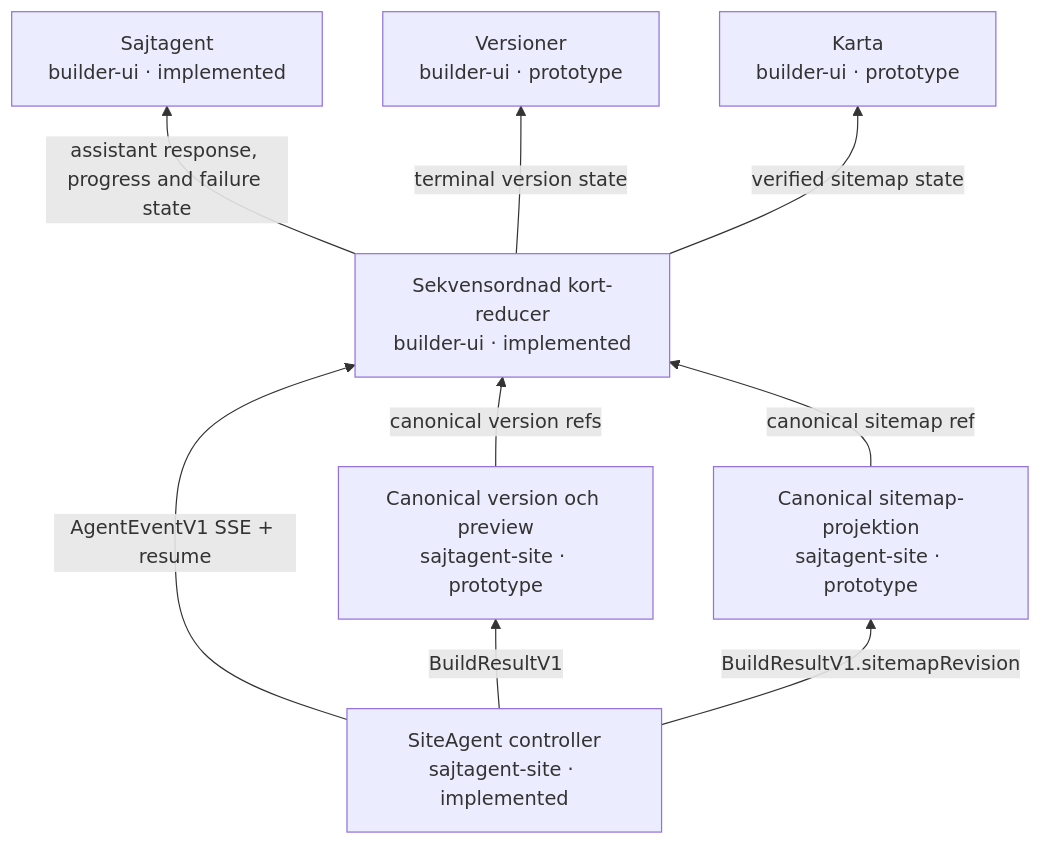
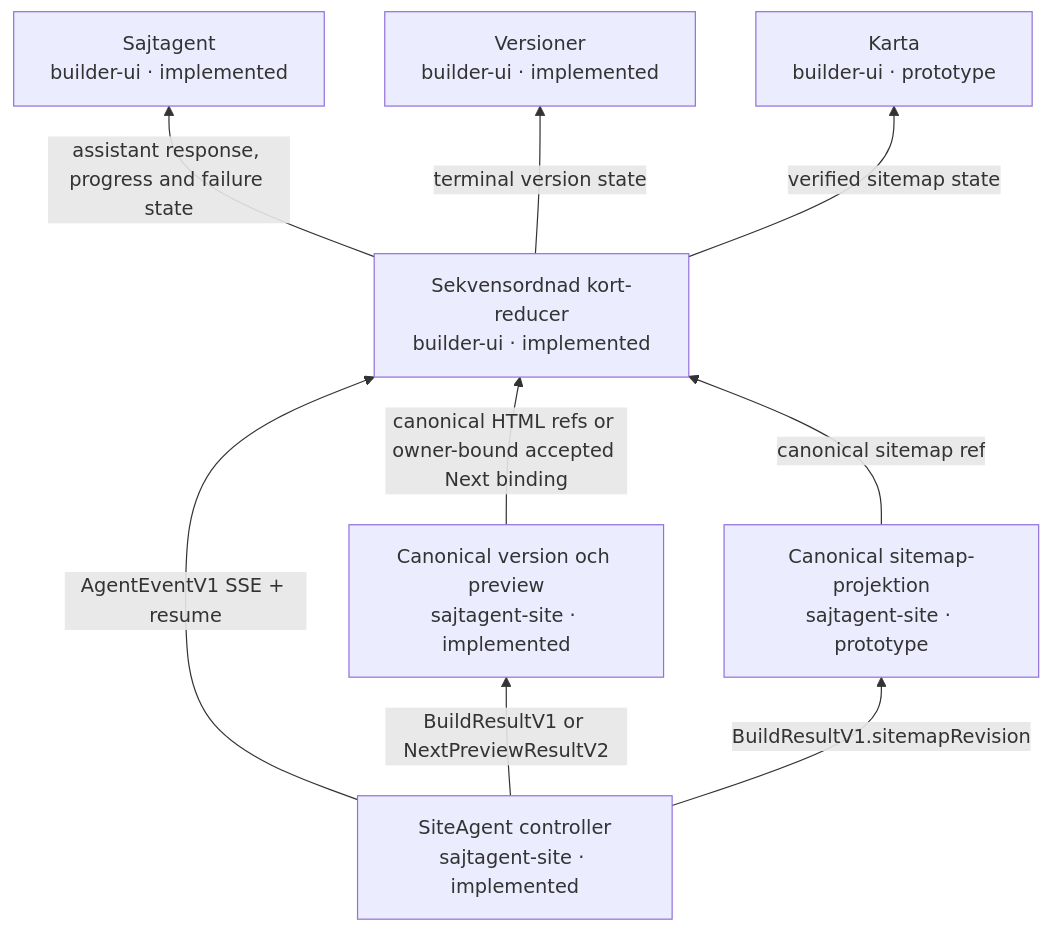
The second of 2 diagrams in docs/card-flow.md (Jakeminator123/sajtagent-site), drawn with Mermaid before and after one commit. The commit also changed other lines of this file and 44 other files, not shown here.

Commit message:
feat(builder): integrate Next builds into ordinary chat (#40)

````diff
--- a/docs/card-flow.md
+++ b/docs/card-flow.md
@@ -26,18 +26,18 @@
 ```mermaid
 flowchart BT
     n_product_controller["SiteAgent controller<br/>sajtagent-site · implemented"]
-    n_product_version["Canonical version och preview<br/>sajtagent-site · prototype"]
-    n_product_controller -->|"BuildResultV1"| n_product_version
+    n_product_version["Canonical version och preview<br/>sajtagent-site · implemented"]
+    n_product_controller -->|"BuildResultV1 or NextPreviewResultV2"| n_product_version
     n_product_sitemap["Canonical sitemap-projektion<br/>sajtagent-site · prototype"]
     n_product_controller -->|"BuildResultV1.sitemapRevision"| n_product_sitemap
     n_ui_event_reducer["Sekvensordnad kort-reducer<br/>builder-ui · implemented"]
     n_product_controller -->|"AgentEventV1 SSE + resume"| n_ui_event_reducer
-    n_product_version -->|"canonical version refs"| n_ui_event_reducer
+    n_product_version -->|"canonical HTML refs or owner-bound accepted Next binding"| n_ui_event_reducer
     n_product_sitemap -->|"canonical sitemap ref"| n_ui_event_reducer
     n_card_agent["Sajtagent<br/>builder-ui · implemented"]
     n_ui_event_reducer -->|"assistant response, progress and failure state"| n_card_agent
-    n_card_versions["Versioner<br/>builder-ui · prototype"]
+    n_card_versions["Versioner<br/>builder-ui · implemented"]
     n_ui_event_reducer -->|"terminal version state"| n_card_versions
     n_card_map["Karta<br/>builder-ui · prototype"]
     n_ui_event_reducer -->|"verified sitemap state"| n_card_map
 ```
````
